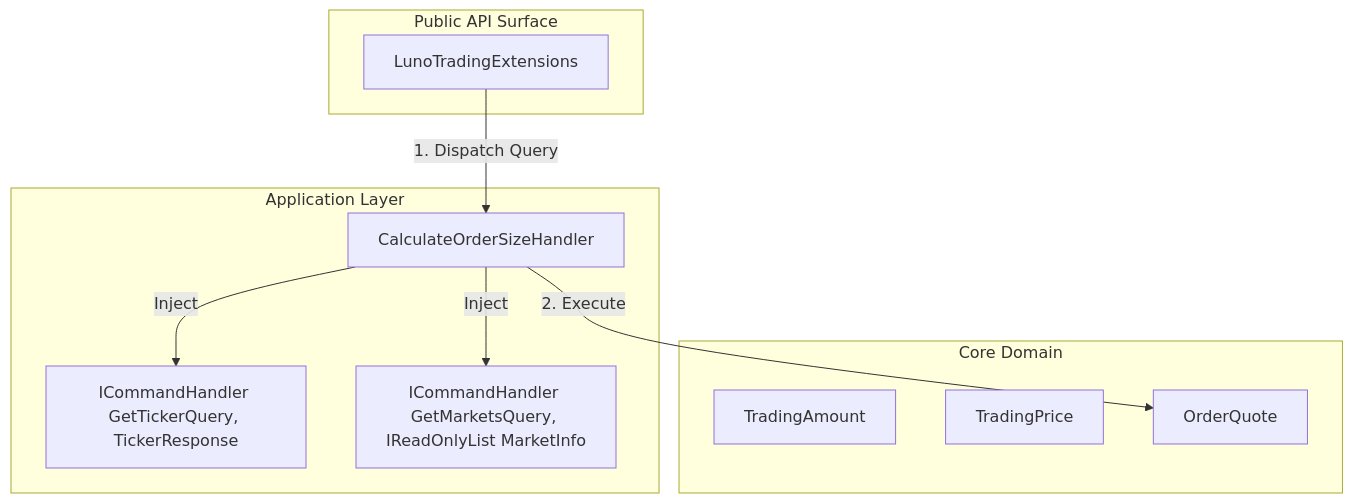
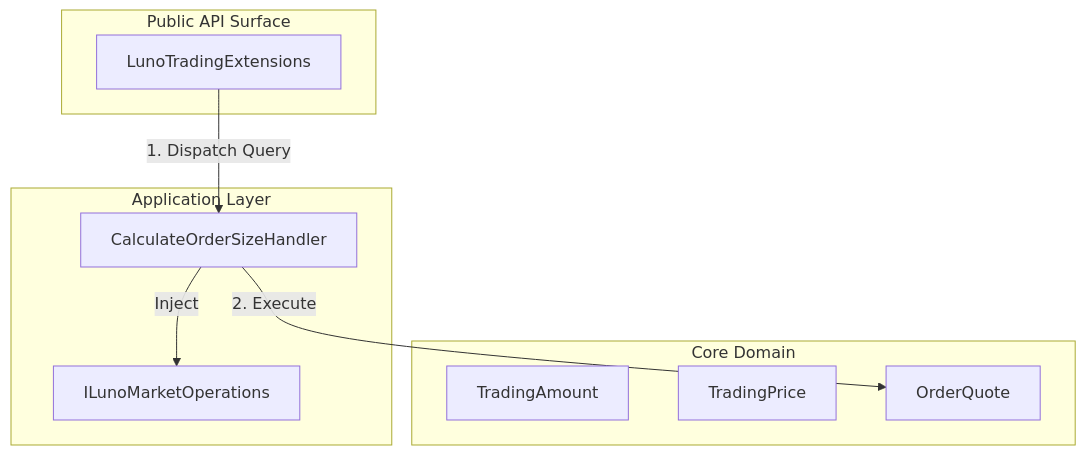
Before and after one commit to hsm207/Luno.SDK: the diagram in docs/rfcs/drafts/RFC006ext05_CalculateOrderSize.md, drawn with Mermaid. The commit also changed other lines of this file, not shown here.

Commit message:
feat: refine CalculateOrderSize architecture to enhance dependency management and improve market data retrieval

````diff
--- a/docs/rfcs/drafts/RFC006ext05_CalculateOrderSize.md
+++ b/docs/rfcs/drafts/RFC006ext05_CalculateOrderSize.md
@@ -39,29 +39,26 @@
 ```mermaid
 graph TD
     %% @boundary: Public-API | Isolation: Fluent Extensions
     subgraph PublicAPI [Public API Surface]
         Extensions[LunoTradingExtensions]
     end
 
     %% @boundary: Application-Layer | Isolation: Orchestration
     subgraph Application [Application Layer]
         Handler[CalculateOrderSizeHandler]
-        TickerHandler[ICommandHandler GetTickerQuery, TickerResponse]
-        MarketsHandler[ICommandHandler GetMarketsQuery, IReadOnlyList MarketInfo]
         
         %% @logic: Orchestration | Dependencies: [Direct Injection]
-        Handler -- "Inject" --> TickerHandler
-        Handler -- "Inject" --> MarketsHandler
+        Handler -- "Inject" --> Gateway[ILunoMarketOperations]
     end
 
     %% @boundary: Core-Domain | Isolation: Pure Value Objects
     subgraph Core [Core Domain]
         %% @logic: ValueObjects | Responsibility: Type Safety
         Amount[TradingAmount]
         Price[TradingPrice]
         Quote[OrderQuote]
     end
 
     Extensions -- "1. Dispatch Query" --> Handler
     Handler -- "2. Execute" --> Quote
 ```
````
